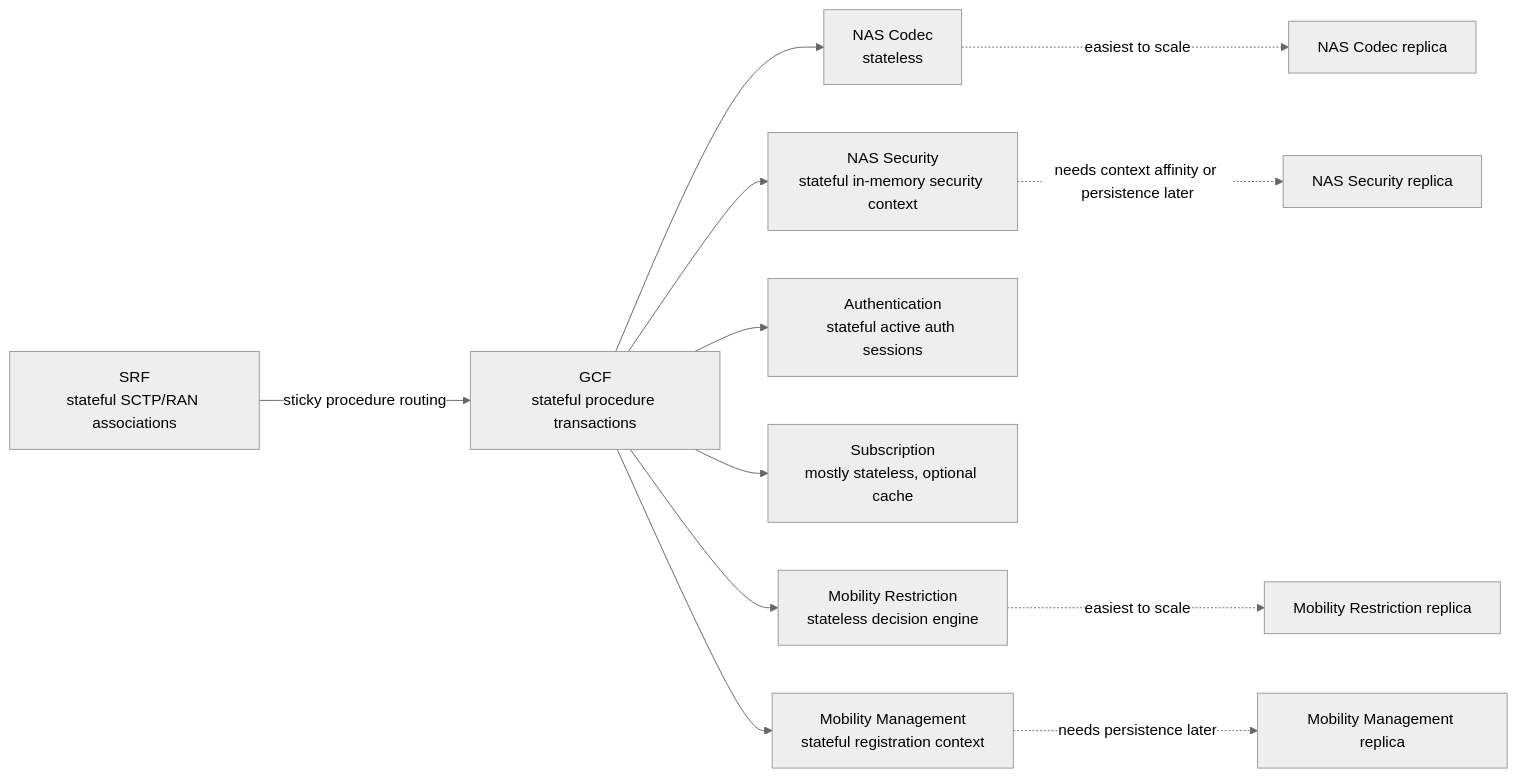
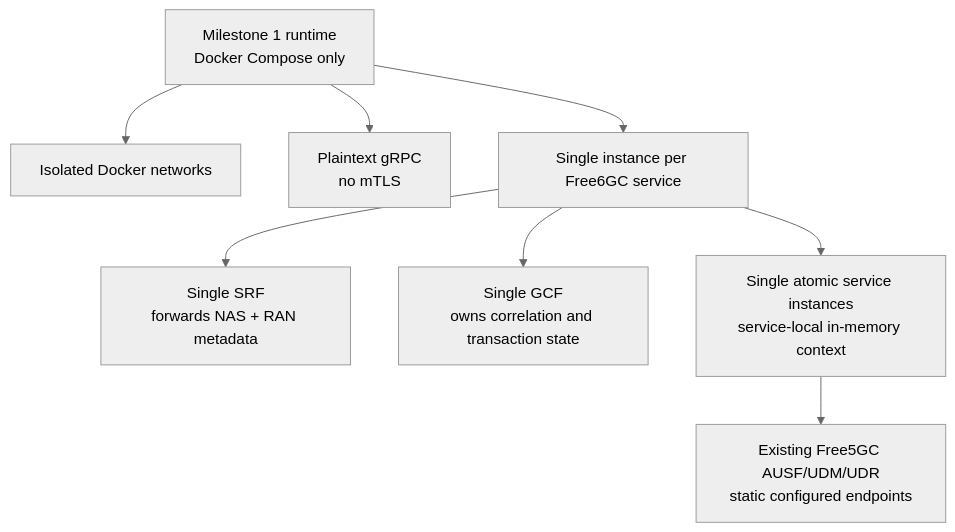
One commit to acore2026/docs changed diagram 11 of 16 in orange-prototype-wiki/free6gc-initial-design.md. Above: the diagram before and after it, drawn with Mermaid (neutral theme). The commit also changed other lines of this file, not shown here.

Commit message:
Make Free6GC milestone one Compose only

````diff
--- a/orange-prototype-wiki/free6gc-initial-design.md
+++ b/orange-prototype-wiki/free6gc-initial-design.md
@@ -568,15 +542,19 @@
 ```mermaid
-flowchart LR
-    SRF[SRF<br/>stateful SCTP/RAN associations] -->|sticky procedure routing| GCF[GCF<br/>stateful procedure transactions]
-    GCF --> NASC[NAS Codec<br/>stateless]
-    GCF --> NASS[NAS Security<br/>stateful in-memory security context]
-    GCF --> AUTH[Authentication<br/>stateful active auth sessions]
-    GCF --> SUB[Subscription<br/>mostly stateless, optional cache]
-    GCF --> MR[Mobility Restriction<br/>stateless decision engine]
-    GCF --> MM[Mobility Management<br/>stateful registration context]
+flowchart TB
+    COMPOSE[Milestone 1 runtime<br/>Docker Compose only]
+    NET[Isolated Docker networks]
+    GRPC[Plaintext gRPC<br/>no mTLS]
+    SINGLE[Single instance per Free6GC service]
+    SRF[Single SRF<br/>forwards NAS + RAN metadata]
+    GCF[Single GCF<br/>owns correlation and transaction state]
+    ATOMIC[Single atomic service instances<br/>service-local in-memory context]
+    BACKEND[Existing Free5GC AUSF/UDM/UDR<br/>static configured endpoints]
 
-    NASC -. easiest to scale .-> NASC2[NAS Codec replica]
-    MR -. easiest to scale .-> MR2[Mobility Restriction replica]
-    NASS -. needs context affinity or persistence later .-> NASS2[NAS Security replica]
-    MM -. needs persistence later .-> MM2[Mobility Management replica]
+    COMPOSE --> NET
+    COMPOSE --> GRPC
+    COMPOSE --> SINGLE
+    SINGLE --> SRF
+    SINGLE --> GCF
+    SINGLE --> ATOMIC
+    ATOMIC --> BACKEND
 ```
````
